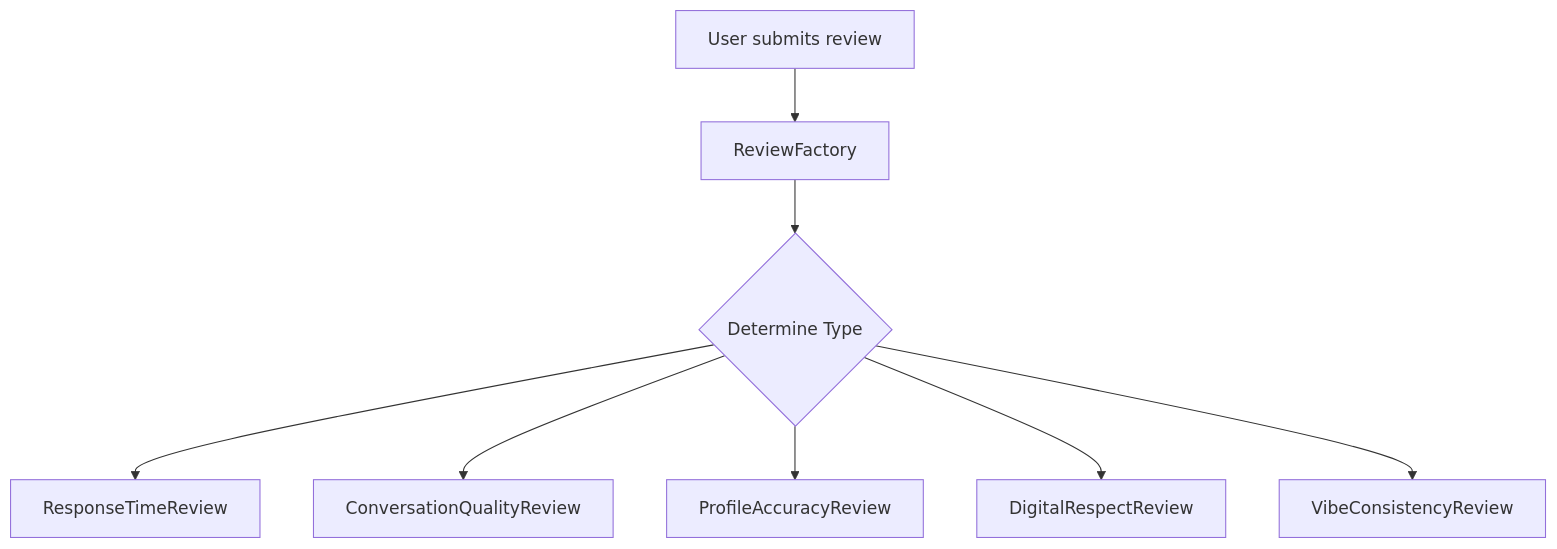
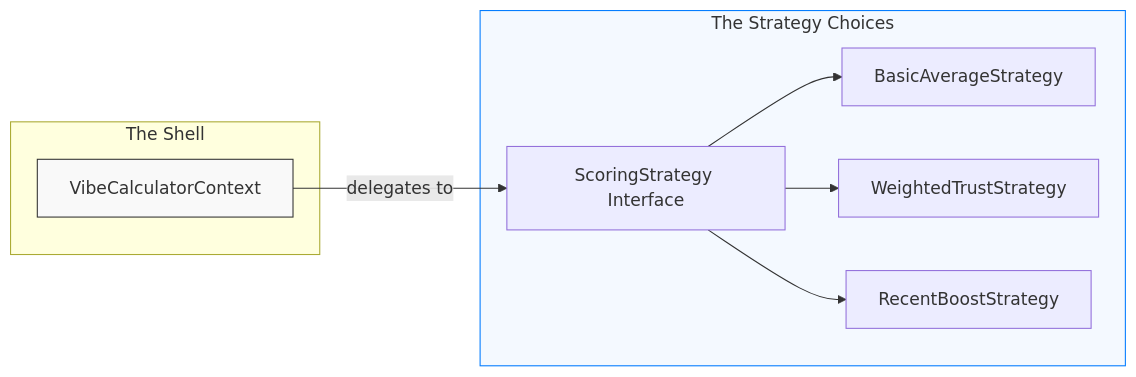
One commit to upvis-org/CMSC129_Activity2_DesignPatterns changed the fourth of 6 diagrams in README.md. Above: the diagram before and after it, drawn with Mermaid. The commit also changed other lines of this file, not shown here.

Commit message:
Revise scoring algorithm section and diagrams
Updated the README to reflect changes in the scoring algorithm explanation and visual diagrams.

````diff
--- a/README.md
+++ b/README.md
@@ -137,10 +143,17 @@
 ```mermaid
-flowchart TD
-A[User submits review] --> B[ReviewFactory]
-B --> C{Determine Type}
-C --> D[ResponseTimeReview]
-C --> E[ConversationQualityReview]
-C --> F[ProfileAccuracyReview]
-C --> G[DigitalRespectReview]
-C --> H[VibeConsistencyReview]
+flowchart LR
+    subgraph Context [The Shell]
+    A[VibeCalculatorContext]
+    end
+
+    A -->|delegates to| B[ScoringStrategy Interface]
+
+    subgraph Strategies [The Strategy Choices]
+    B --> S1[BasicAverageStrategy]
+    B --> S2[WeightedTrustStrategy]
+    B --> S3[RecentBoostStrategy]
+    end
+
+    style Strategies fill:#f4f9ff,stroke:#007bff
+    style A fill:#f9f9f9,stroke:#333
 ```
````
